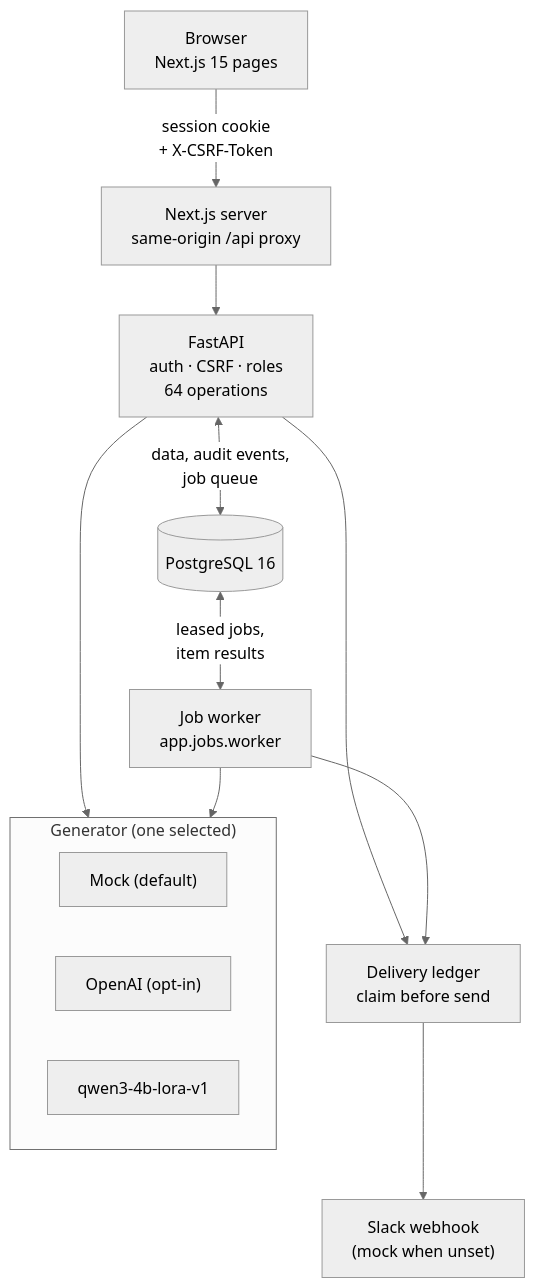
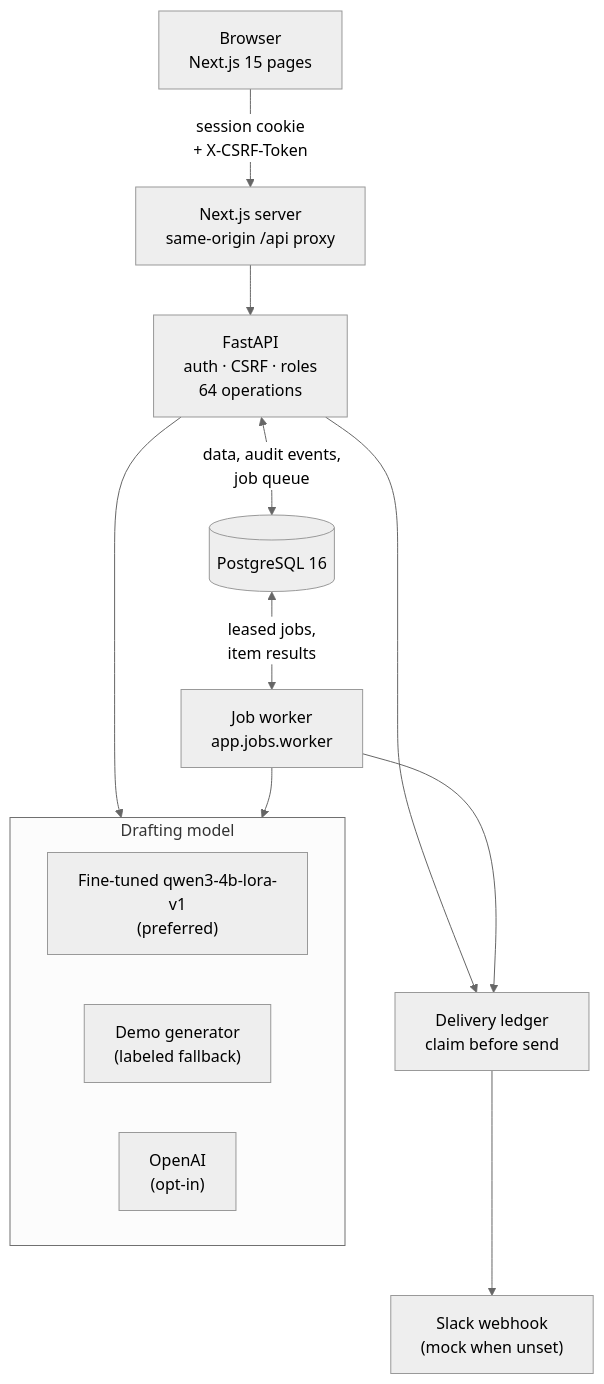
One commit to AhmedKamal-41/gtmflow-ai changed the first of 5 diagrams in README.md. Above: the diagram before and after it, drawn with Mermaid (neutral theme). The commit also changed other lines of this file, not shown here.

Commit message:
README: bring every section up to date with the rep redesign and the fine-tuned drafting model

````diff
--- a/README.md
+++ b/README.md
@@ -173,22 +179,22 @@
 ```mermaid
 flowchart TB
     UI["Browser<br/>Next.js 15 pages"] -->|"session cookie<br/>+ X-CSRF-Token"| Proxy["Next.js server<br/>same-origin /api proxy"]
     Proxy --> API["FastAPI<br/>auth · CSRF · roles<br/>64 operations"]
 
     API <-->|"data, audit events,<br/>job queue"| PG[("PostgreSQL 16")]
     PG <-->|"leased jobs,<br/>item results"| Worker["Job worker<br/>app.jobs.worker"]
 
     API --> Gen
     Worker --> Gen
     API --> Ledger
     Worker --> Ledger
 
-    subgraph Gen["Generator (one selected)"]
+    subgraph Gen["Drafting model"]
         direction LR
-        Mock["Mock (default)"]
-        OpenAI["OpenAI (opt-in)"]
-        LoRA["qwen3-4b-lora-v1"]
+        LoRA["Fine-tuned qwen3-4b-lora-v1<br/>(preferred)"]
+        Mock["Demo generator<br/>(labeled fallback)"]
+        OpenAI["OpenAI<br/>(opt-in)"]
     end
 
     Ledger["Delivery ledger<br/>claim before send"] --> Slack["Slack webhook<br/>(mock when unset)"]
 ```
````
